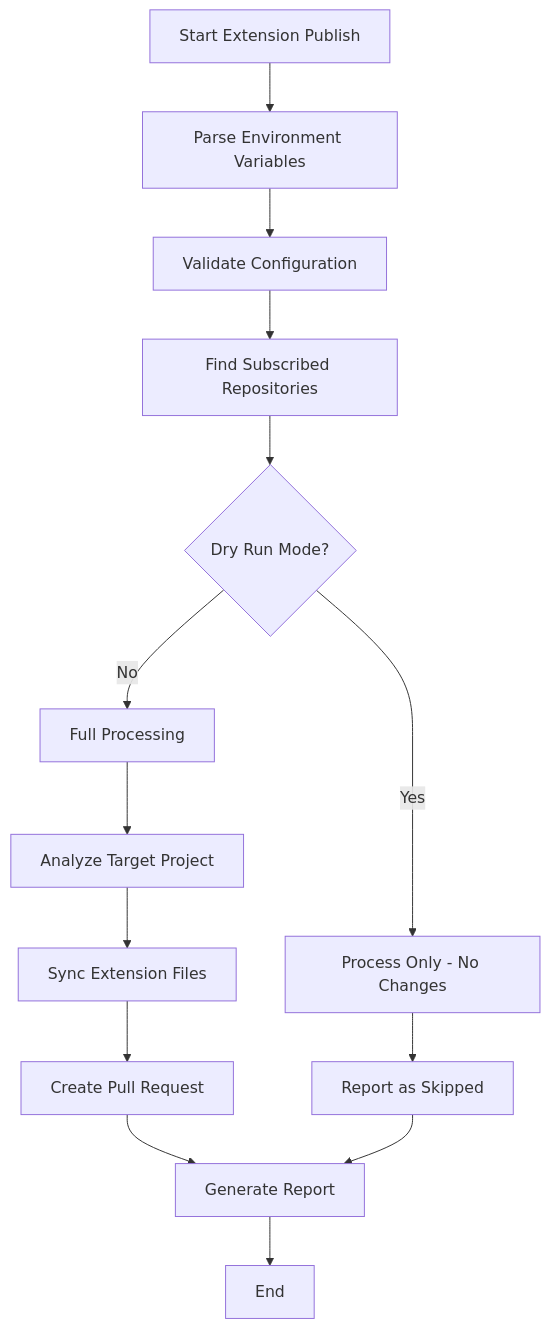
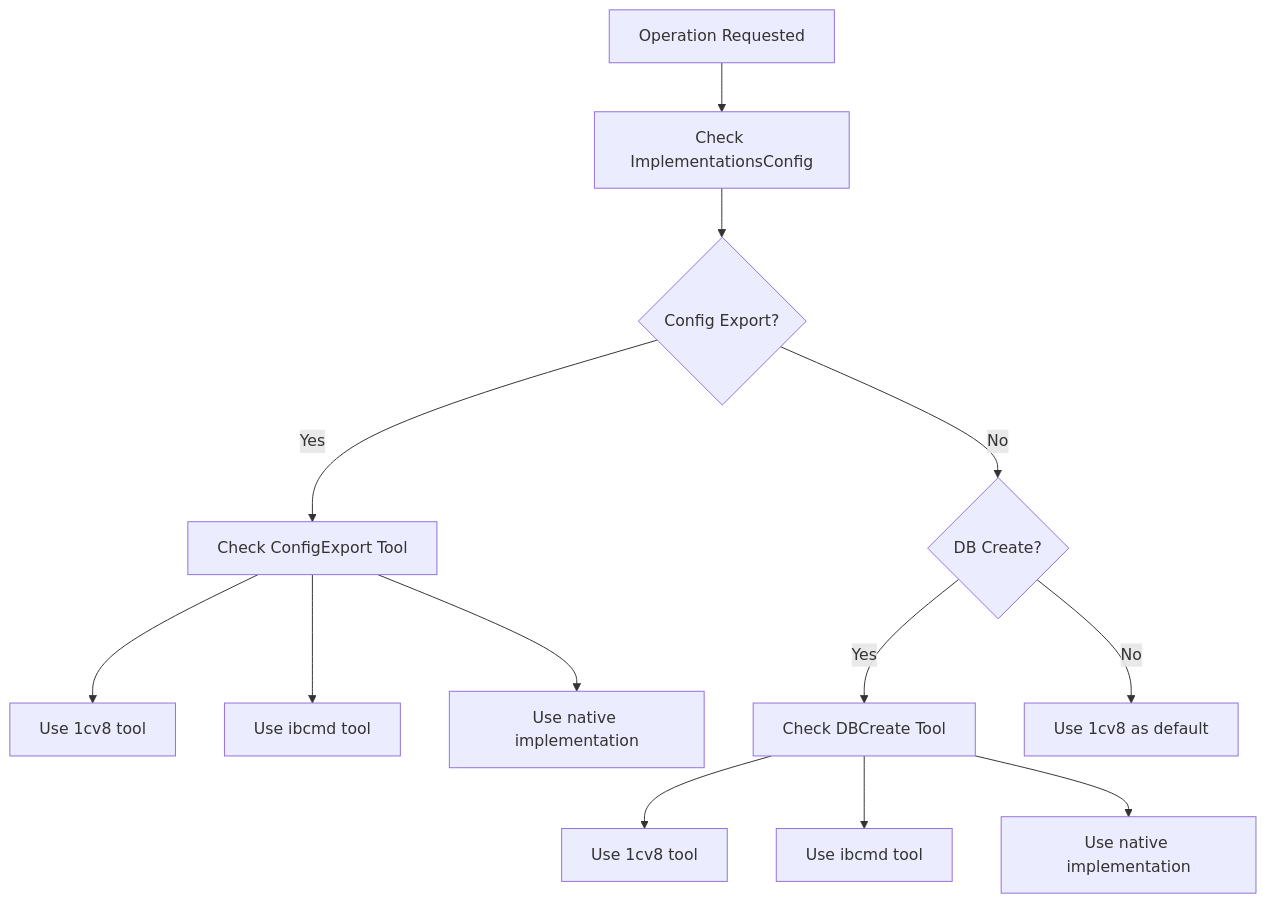
The fifth of 5 diagrams in .qoder/repowiki/en/content/Configuration Management/Configuration Management.md (Kargones/apk-ci), drawn with Mermaid before and after one commit. The commit also changed other lines of this file and 2036 other files, not shown here.

````diff
--- a/.qoder/repowiki/en/content/Configuration Management/Configuration Management.md
+++ b/.qoder/repowiki/en/content/Configuration Management/Configuration Management.md
@@ -542,16 +667,15 @@
 ```mermaid
 flowchart TD
-Start["Start Extension Publish"] --> ParseEnv["Parse Environment Variables"]
-ParseEnv --> Validate["Validate Configuration"]
-Validate --> FindSubscribers["Find Subscribed Repositories"]
-FindSubscribers --> CheckDryRun{"Dry Run Mode?"}
-CheckDryRun --> |Yes| ProcessOnly["Process Only - No Changes"]
-CheckDryRun --> |No| ProcessFull["Full Processing"]
-ProcessOnly --> SkipResult["Report as Skipped"]
-ProcessFull --> AnalyzeProject["Analyze Target Project"]
-AnalyzeProject --> SyncFiles["Sync Extension Files"]
-SyncFiles --> CreatePR["Create Pull Request"]
-CreatePR --> Report["Generate Report"]
-SkipResult --> Report
-Report --> End["End"]
+Start["Operation Requested"] --> CheckConfig["Check ImplementationsConfig"]
+CheckConfig --> ConfigExport{"Config Export?"}
+ConfigExport --> |Yes| CheckExportTool["Check ConfigExport Tool"]
+CheckExportTool --> Tool1cv8["Use 1cv8 tool"]
+CheckExportTool --> ToolIbcmd["Use ibcmd tool"]
+CheckExportTool --> ToolNative["Use native implementation"]
+ConfigExport --> |No| CheckDBCreate{"DB Create?"}
+CheckDBCreate --> |Yes| CheckDBTool["Check DBCreate Tool"]
+CheckDBTool --> DB1cv8["Use 1cv8 tool"]
+CheckDBTool --> DBIbcmd["Use ibcmd tool"]
+CheckDBTool --> DBNative["Use native implementation"]
+CheckDBCreate --> |No| Default1cv8["Use 1cv8 as default"]
 ```
````
